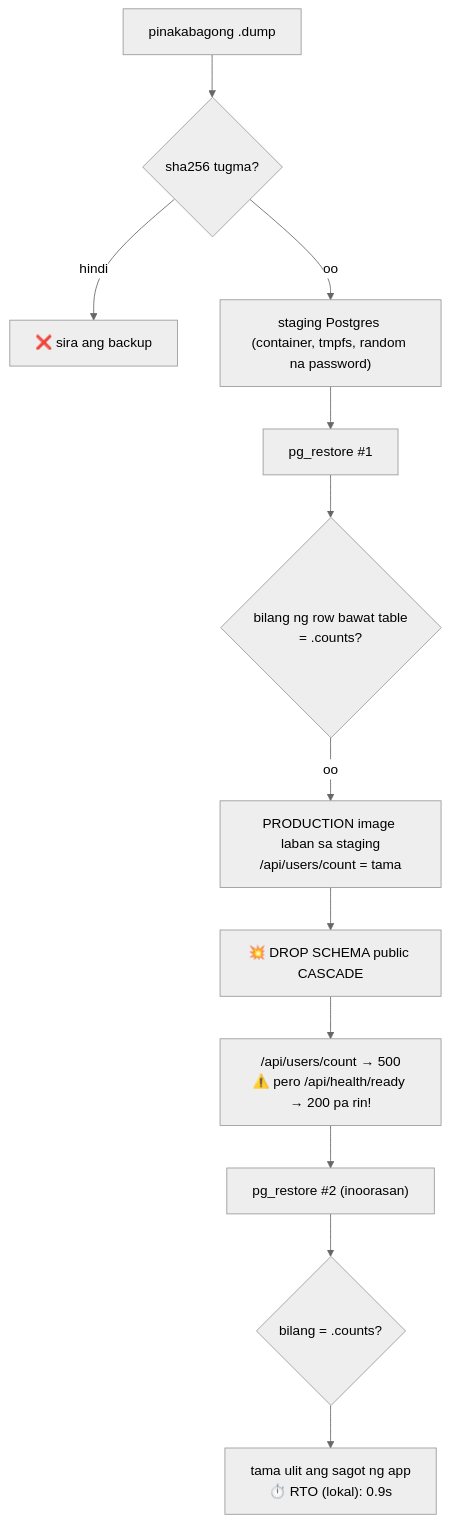
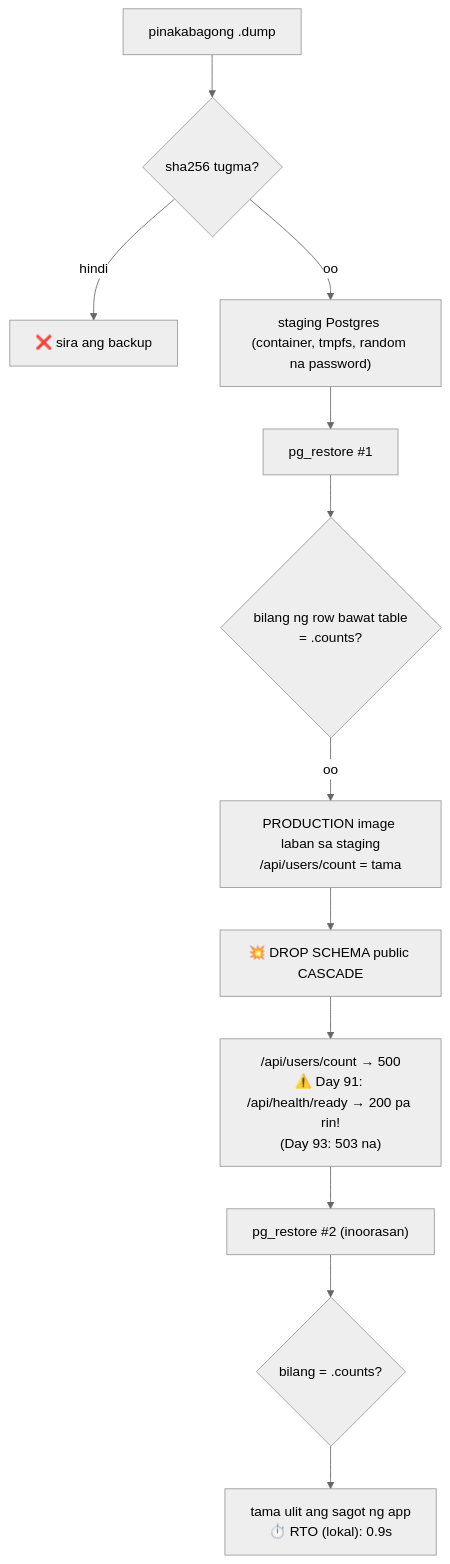
The second of 2 diagrams in docs/diagrams/25-backup-drill.md (nelson1869-ai/auth-learning), drawn with Mermaid (neutral theme) before and after one commit. The commit also changed other lines of this file and 3 other files, not shown here.

Commit message:
docs: readiness on the real table — .http 26 #5, diagram 25, API contract, Day 93 journal

````diff
--- a/docs/diagrams/25-backup-drill.md
+++ b/docs/diagrams/25-backup-drill.md
@@ -22,12 +22,12 @@
 ```mermaid
 flowchart TD
     D0["pinakabagong .dump"] --> C{"sha256 tugma?"}
     C -->|"hindi"| X["❌ sira ang backup"]
     C -->|"oo"| S["staging Postgres (container, tmpfs, random na password)"]
     S --> R1["pg_restore #1"] --> V1{"bilang ng row bawat table<br/>= .counts?"}
     V1 -->|"oo"| A1["PRODUCTION image laban sa staging<br/>/api/users/count = tama"]
     A1 --> B["💥 DROP SCHEMA public CASCADE"]
-    B --> F["/api/users/count → 500<br/>⚠️ pero /api/health/ready → 200 pa rin!"]
+    B --> F["/api/users/count → 500<br/>⚠️ Day 91: /api/health/ready → 200 pa rin!<br/>(Day 93: 503 na)"]
     F --> R2["pg_restore #2 (inoorasan)"] --> V2{"bilang = .counts?"}
     V2 --> A2["tama ulit ang sagot ng app<br/>⏱️ RTO (lokal): 0.9s"]
 ```
````
